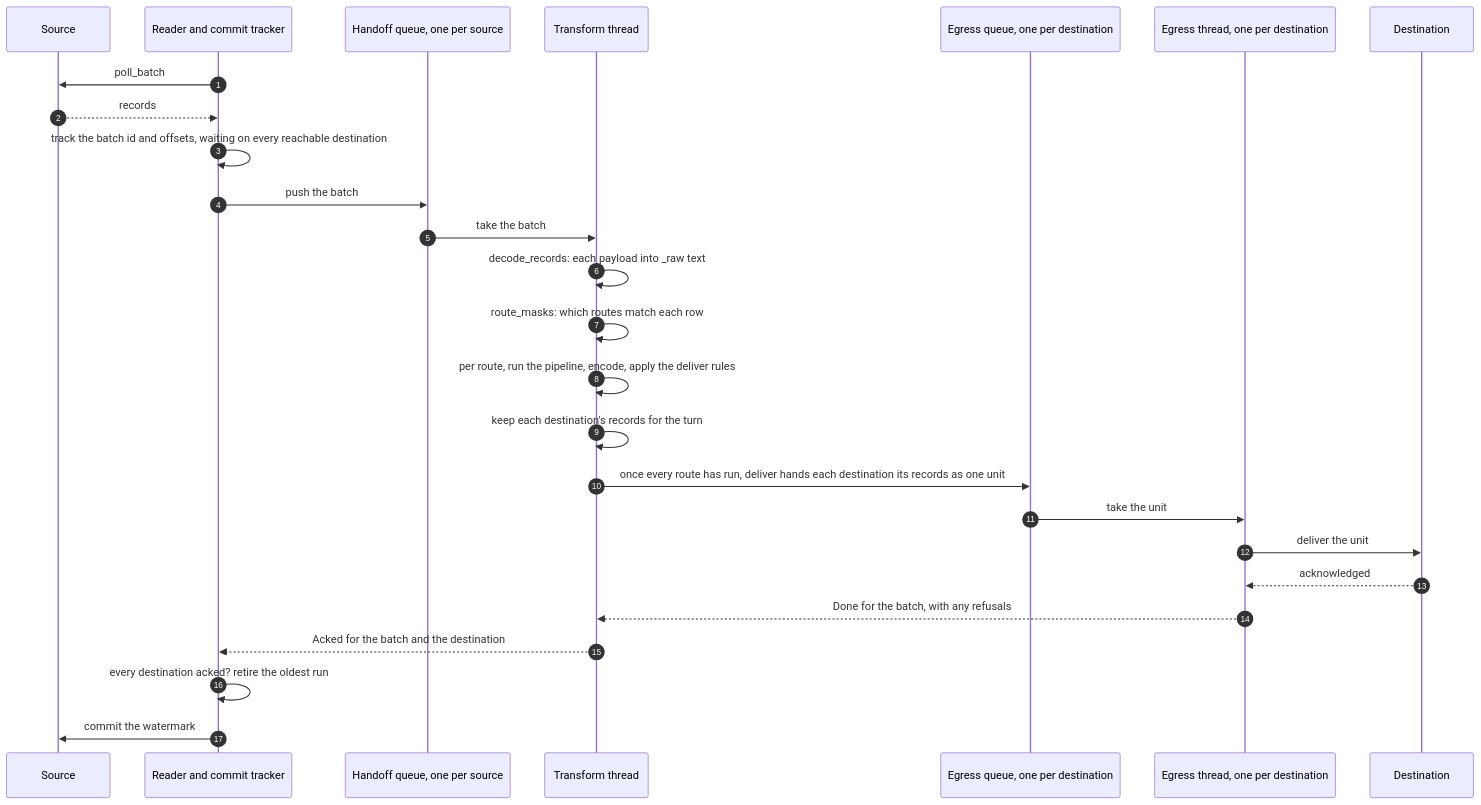
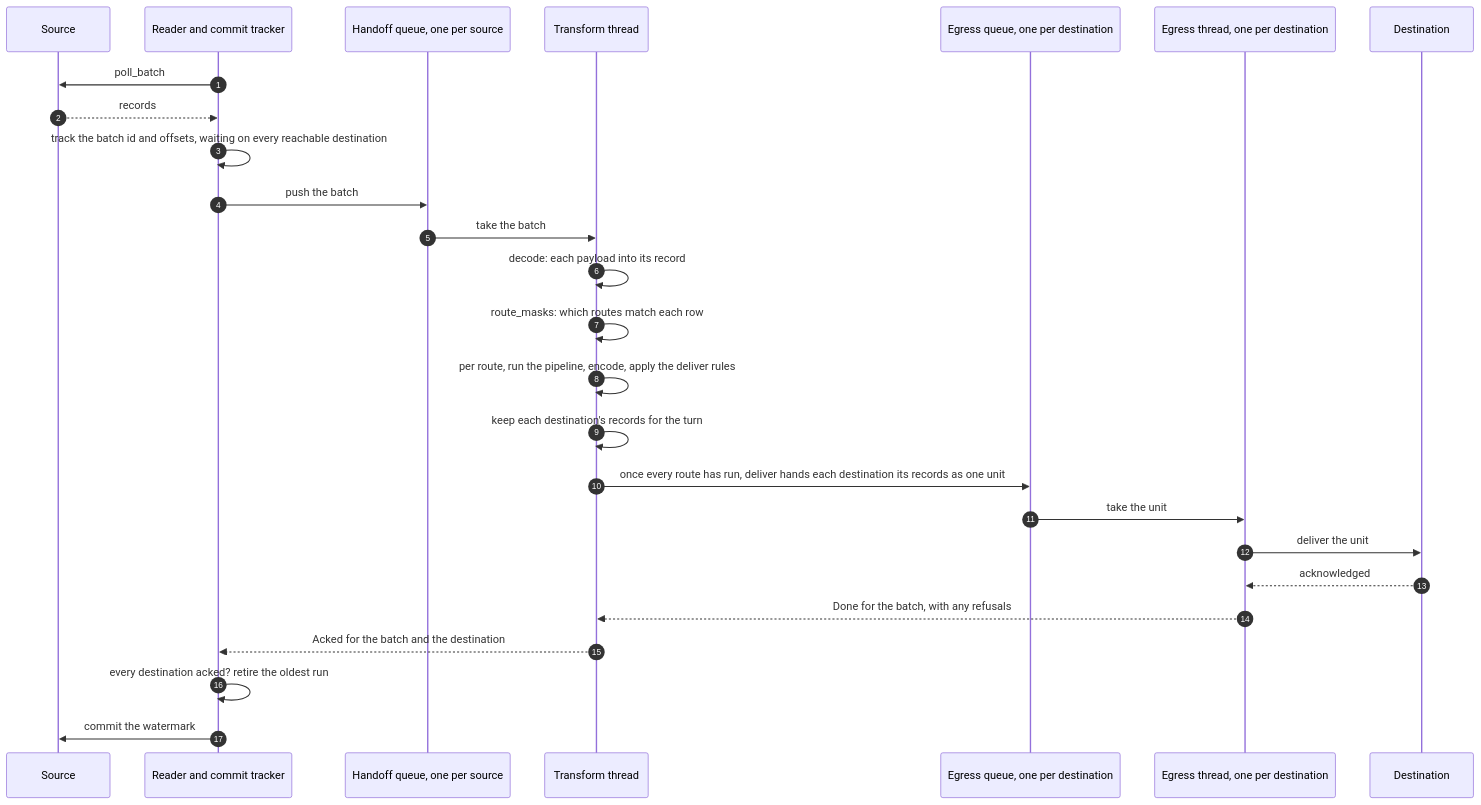
Before and after one commit to smeltr-sh/smeltr: the first of 6 diagrams in docs/data-paths.md, drawn with Mermaid. The commit also changed 10 other files, not shown here.

First line of the commit message:
Review fixes: the last route moves __source.bytes, schema ids are a type

````diff
--- a/docs/data-paths.md
+++ b/docs/data-paths.md
@@ -22,28 +22,28 @@
 ```mermaid
 sequenceDiagram
   autonumber
   participant S as Source
   participant R as Reader and commit tracker
   participant H as Handoff queue, one per source
   participant T as Transform thread
   participant Q as Egress queue, one per destination
   participant E as Egress thread, one per destination
   participant D as Destination
   R->>S: poll_batch
   S-->>R: records
   R->>R: track the batch id and offsets, waiting on every reachable destination
   R->>H: push the batch
   H->>T: take the batch
-  T->>T: decode_records: each payload into _raw text
+  T->>T: decode: each payload into its record
   T->>T: route_masks: which routes match each row
   T->>T: per route, run the pipeline, encode, apply the deliver rules
   T->>T: keep each destination's records for the turn
   T->>Q: once every route has run, deliver hands each destination its records as one unit
   Q->>E: take the unit
   E->>D: deliver the unit
   D-->>E: acknowledged
   E-->>T: Done for the batch, with any refusals
   T-->>R: Acked for the batch and the destination
   R->>R: every destination acked? retire the oldest run
   R->>S: commit the watermark
 ```
````
